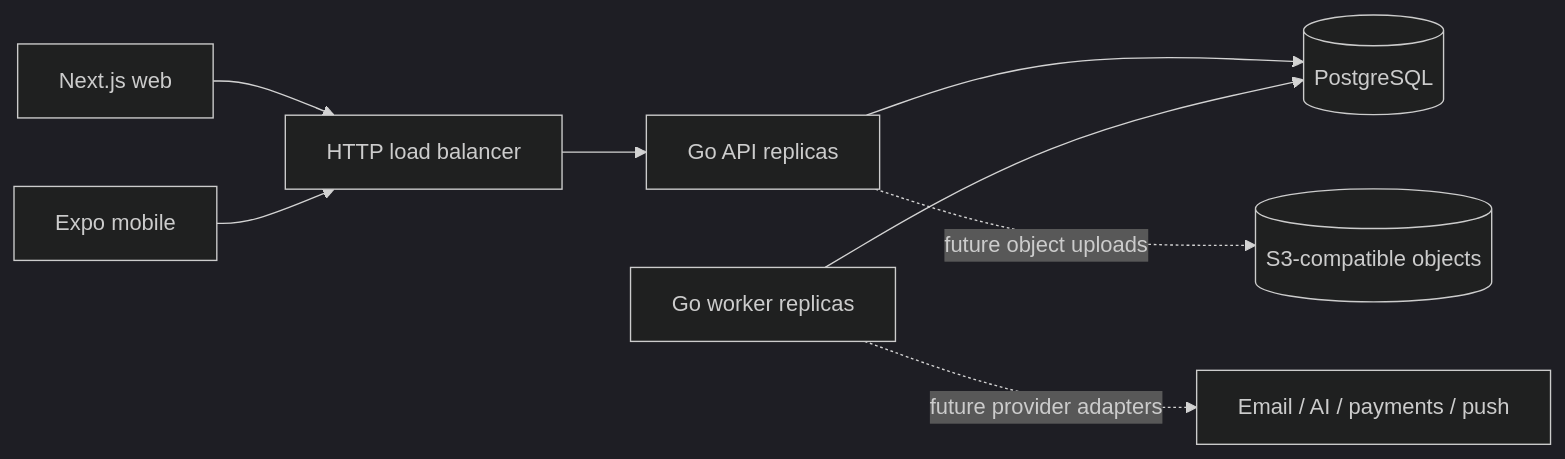
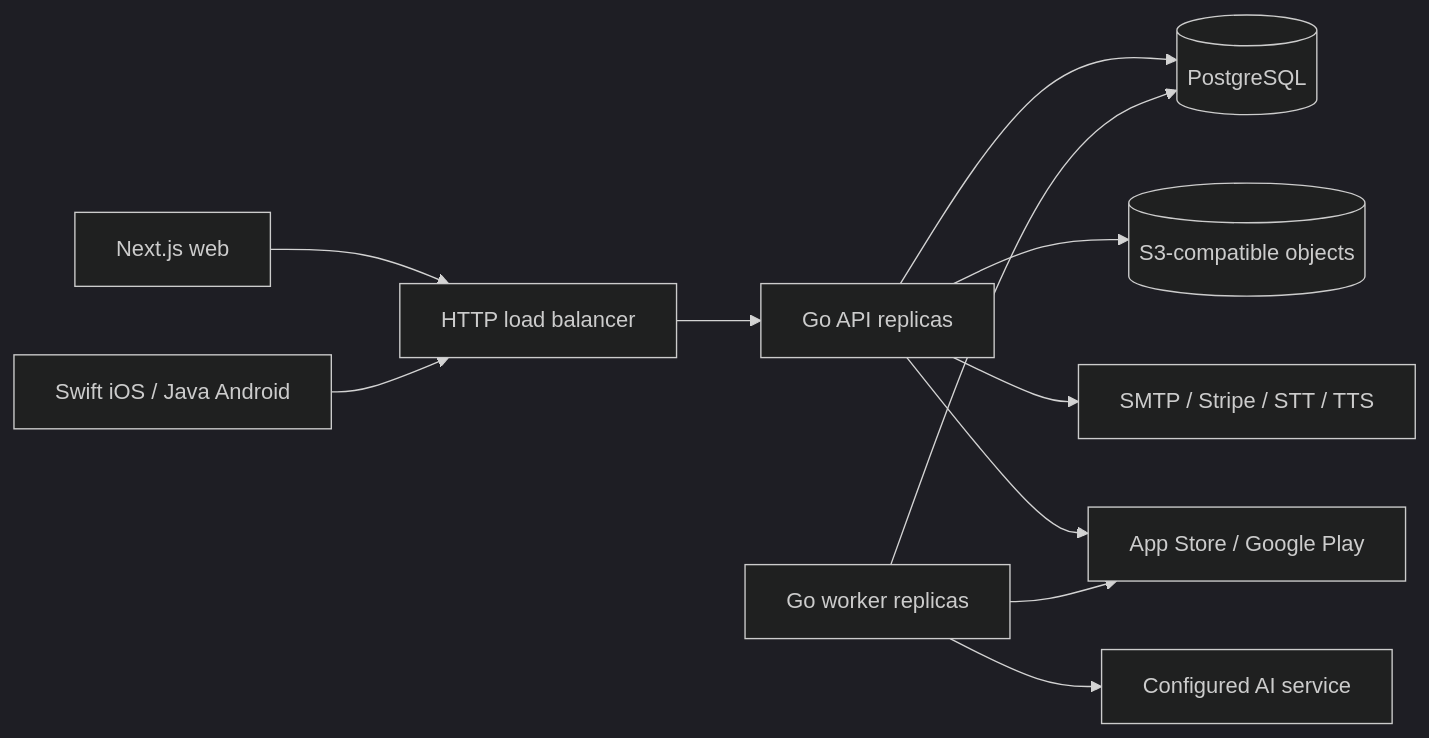
Before and after one commit to pierremarsotlyon1/crpe: the diagram in docs/architecture.md, drawn with Mermaid (dark theme). The commit also changed other lines of this file and 285 other files, not shown here.

````diff
--- a/docs/architecture.md
+++ b/docs/architecture.md
@@ -5,10 +5,13 @@
 ```mermaid
 flowchart LR
     Web[Next.js web] --> Proxy[HTTP load balancer]
-    Mobile[Expo mobile] --> Proxy
+    Mobile[Swift iOS / Java Android] --> Proxy
     Proxy --> API[Go API replicas]
     API --> PG[(PostgreSQL)]
     Workers[Go worker replicas] --> PG
-    API -. future object uploads .-> S3[(S3-compatible objects)]
-    Workers -. future provider adapters .-> Providers[Email / AI / payments / push]
+    API --> S3[(S3-compatible objects)]
+    Workers --> AI[Configured AI service]
+    API --> Providers[SMTP / Stripe / STT / TTS]
+    API --> Stores[App Store / Google Play]
+    Workers --> Stores
 ```
````
